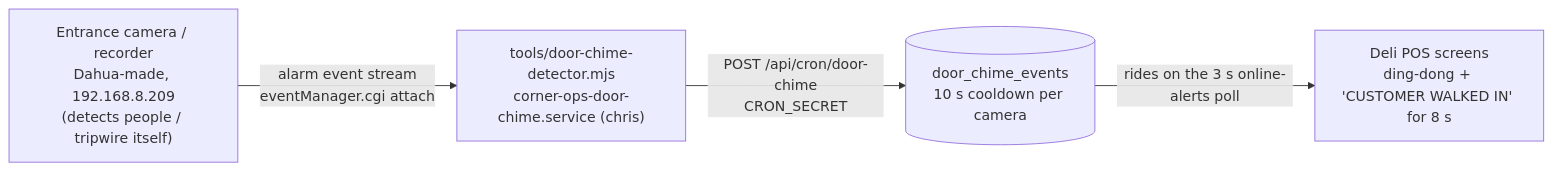
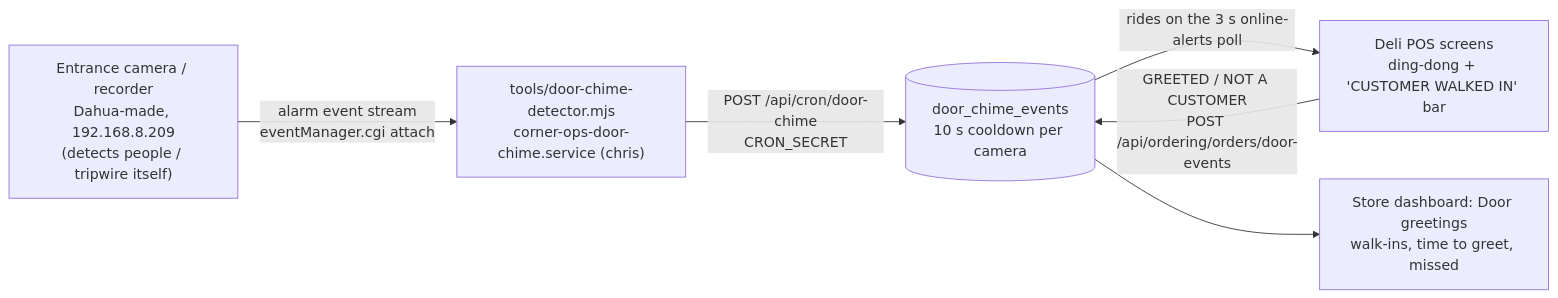
The seventh of 7 diagrams in docs/PROCESS-MAP.md (metalcoat/corner-ops), drawn with Mermaid before and after one commit. The commit also changed other lines of this file and 11 other files, not shown here.

First line of the commit message:
Door chime: time to greet, reminders, and a dashboard card

````diff
--- a/docs/PROCESS-MAP.md
+++ b/docs/PROCESS-MAP.md
@@ -260,6 +260,8 @@
 ```mermaid
 flowchart LR
   cam["Entrance camera / recorder<br/>Dahua-made, 192.168.8.209<br/>(detects people / tripwire itself)"] -->|"alarm event stream<br/>eventManager.cgi attach"| det["tools/door-chime-detector.mjs<br/>corner-ops-door-chime.service (chris)"]
   det -->|"POST /api/cron/door-chime<br/>CRON_SECRET"| ev[(door_chime_events<br/>10 s cooldown per camera)]
-  ev -->|"rides on the 3 s online-alerts poll"| pos["Deli POS screens<br/>ding-dong + 'CUSTOMER WALKED IN' for 8 s"]
+  ev -->|"rides on the 3 s online-alerts poll"| pos["Deli POS screens<br/>ding-dong + 'CUSTOMER WALKED IN' bar"]
+  pos -->|"GREETED / NOT A CUSTOMER<br/>POST /api/ordering/orders/door-events"| ev
+  ev --> dash["Store dashboard: Door greetings<br/>walk-ins, time to greet, missed"]
 ```
````
